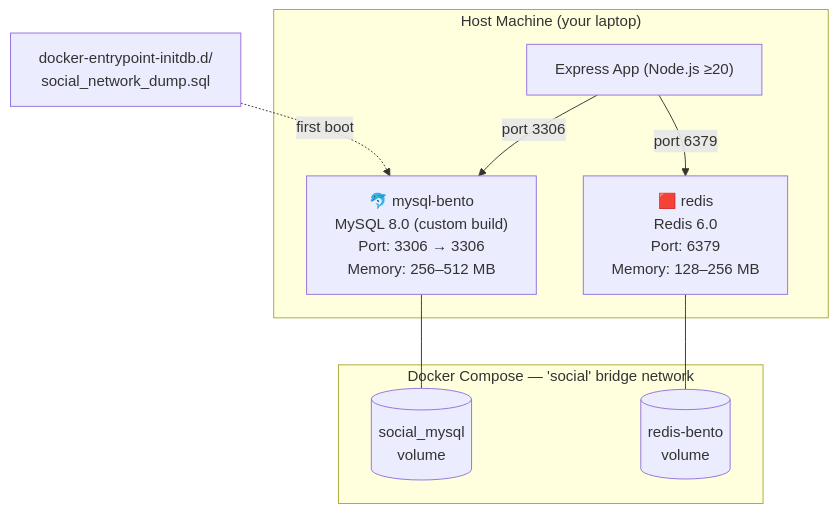
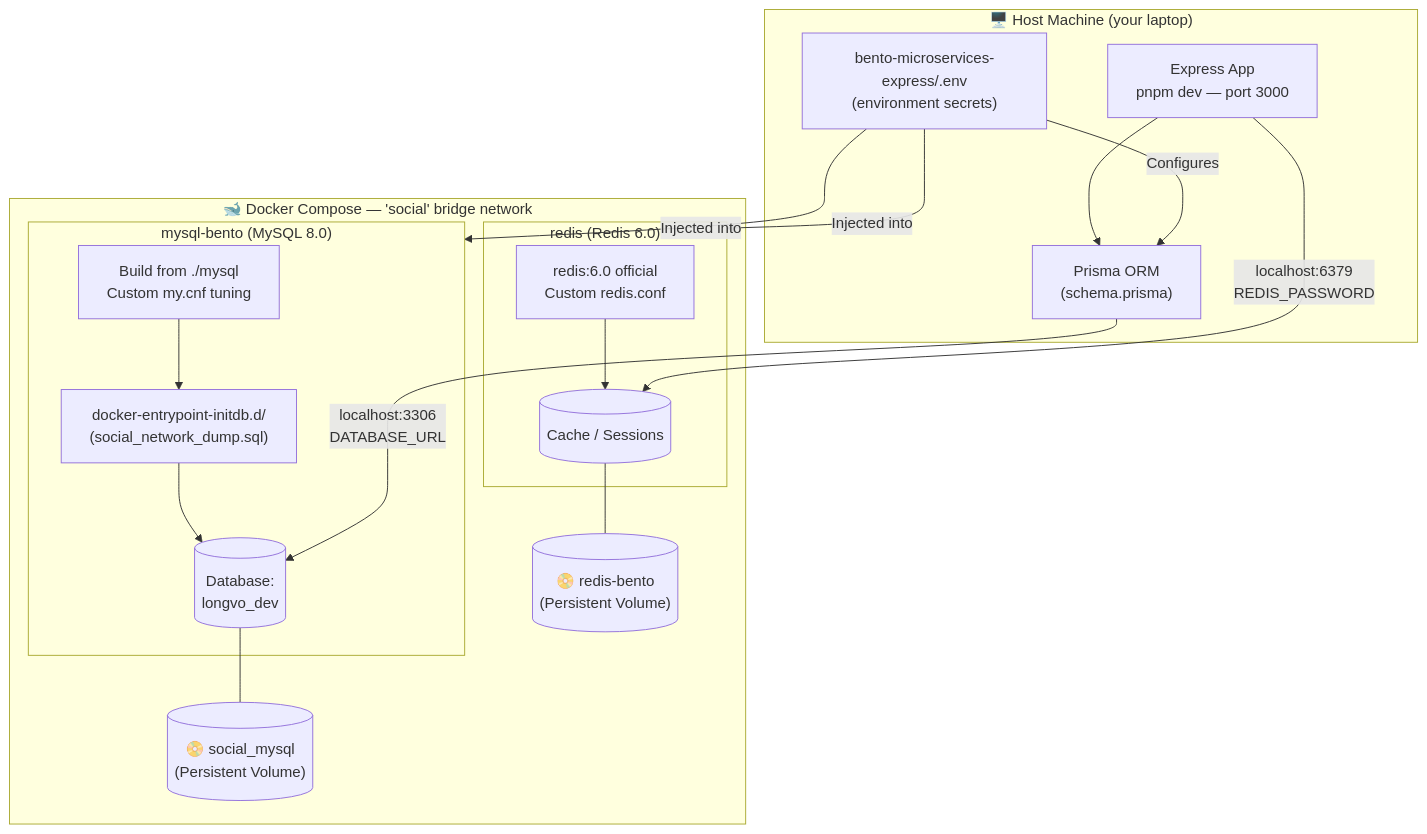
One commit to macdogiahuy/Social-network-500bros changed the diagram in bento-microservices-express/DOCKER_ARCHITECTURE.md. Above: the diagram before and after it, drawn with Mermaid. The commit also changed other lines of this file and 8 other files, not shown here.

Commit message:
Learning the Docker (MySql, Redis) and Prisma

````diff
--- a/bento-microservices-express/DOCKER_ARCHITECTURE.md
+++ b/bento-microservices-express/DOCKER_ARCHITECTURE.md
@@ -9,19 +11,37 @@
 ```mermaid
 graph TB
-    subgraph "Host Machine (your laptop)"
-        APP["Express App (Node.js ≥20)"]
-        APP -- "port 3306" --> MYSQL
-        APP -- "port 6379" --> REDIS
+    subgraph HOST["🖥️ Host Machine (your laptop)"]
+        ENV["bento-microservices-express/.env\n(environment secrets)"]
+        APP["Express App\npnpm dev — port 3000"]
+        PRISMA["Prisma ORM\n(schema.prisma)"]
+        APP --> PRISMA
     end
 
-    subgraph "Docker Compose — 'social' bridge network"
-        MYSQL["🐬 mysql-bento<br/>MySQL 8.0 (custom build)<br/>Port: 3306 → 3306<br/>Memory: 256–512 MB"]
-        REDIS["🟥 redis<br/>Redis 6.0<br/>Port: 6379<br/>Memory: 128–256 MB"]
-        VOL_MYSQL[("social_mysql<br/>volume")]
-        VOL_REDIS[("redis-bento<br/>volume")]
-        MYSQL --- VOL_MYSQL
-        REDIS --- VOL_REDIS
+    subgraph DOCKER["🐋 Docker Compose — 'social' bridge network"]
+        subgraph MYSQL_BOX["mysql-bento (MySQL 8.0)"]
+            MYSQL_IMG["Build from ./mysql\nCustom my.cnf tuning"]
+            MYSQL_INIT["docker-entrypoint-initdb.d/\n(social_network_dump.sql)"]
+            MYSQL_DB[("Database:\nlongvo_dev")]
+            MYSQL_IMG --> MYSQL_INIT --> MYSQL_DB
+        end
+
+        subgraph REDIS_BOX["redis (Redis 6.0)"]
+            REDIS_IMG["redis:6.0 official\nCustom redis.conf"]
+            REDIS_DATA[("Cache / Sessions")]
+            REDIS_IMG --> REDIS_DATA
+        end
+
+        VOL_MYSQL[("📀 social_mysql\n(Persistent Volume)")]
+        VOL_REDIS[("📀 redis-bento\n(Persistent Volume)")]
+        
+        MYSQL_DB --- VOL_MYSQL
+        REDIS_DATA --- VOL_REDIS
     end
 
-    INIT["docker-entrypoint-initdb.d/<br/>social_network_dump.sql"] -.->|first boot| MYSQL
+    ENV -->|"Configures"| PRISMA
+    ENV -->|"Injected into"| MYSQL_BOX
+    ENV -->|"Injected into"| REDIS_BOX
+    
+    PRISMA -->|"localhost:3306\nDATABASE_URL"| MYSQL_DB
+    APP -->|"localhost:6379\nREDIS_PASSWORD"| REDIS_DATA
 ```
````
